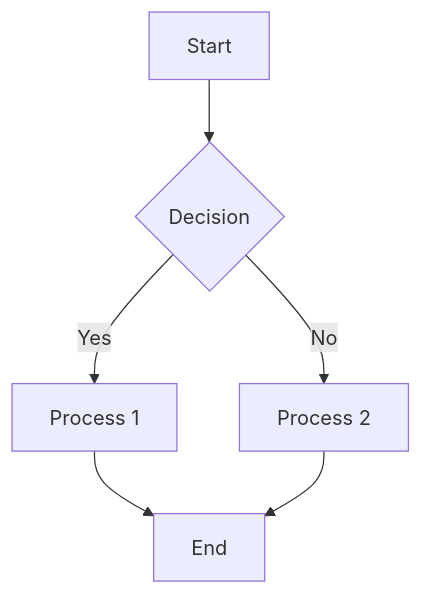
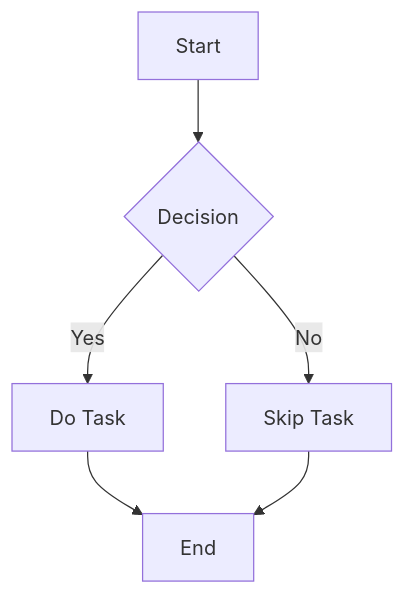
Before and after one commit to NagusameCS/IVY: the diagram in Chem/atomic-structure/atomic-structure.md, drawn with Mermaid. The commit also changed other lines of this file, not shown here.

````diff
--- a/Chem/atomic-structure/atomic-structure.md
+++ b/Chem/atomic-structure/atomic-structure.md
@@ -27,8 +54,8 @@
 ```mermaid
-graph TD
-    A[Start] --> B{Decision}
-    B -- Yes --> C[Process 1]
-    B -- No --> D[Process 2]
-    C --> E[End]
-    D --> E
+graph TD;
+    A[Start] --> B{Decision};
+    B -->|Yes| C[Do Task];
+    B -->|No| D[Skip Task];
+    C --> E[End];
+    D --> E[End];
 ```
````
